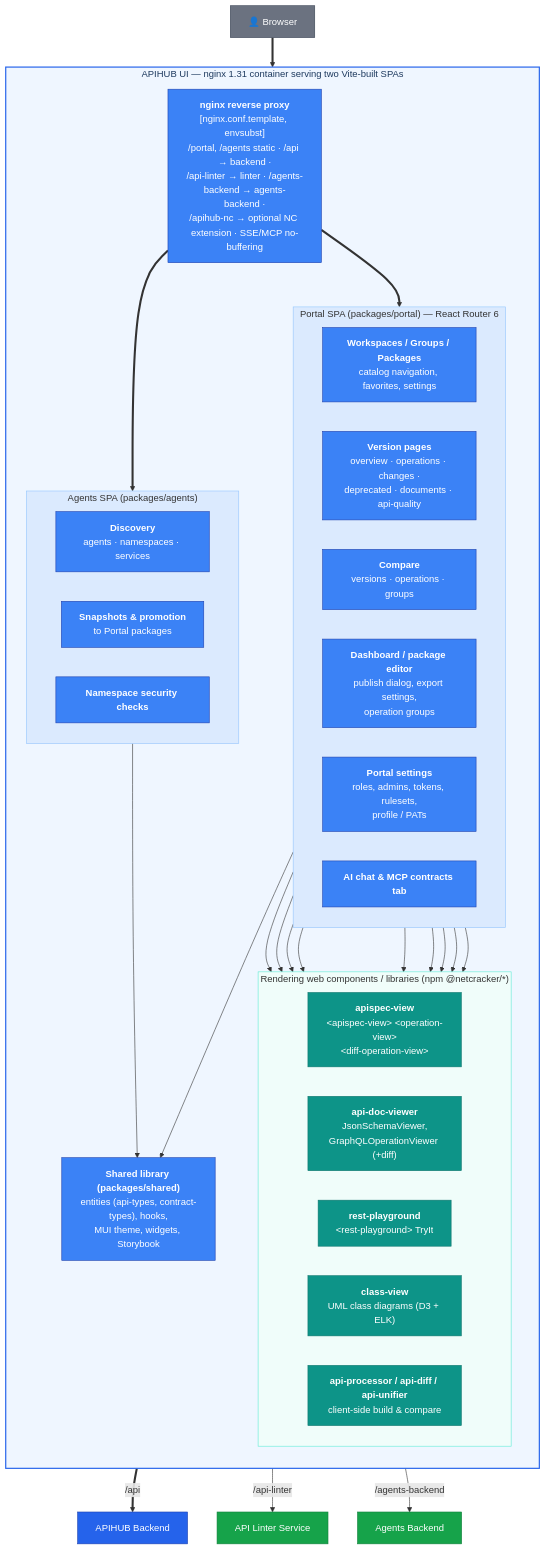
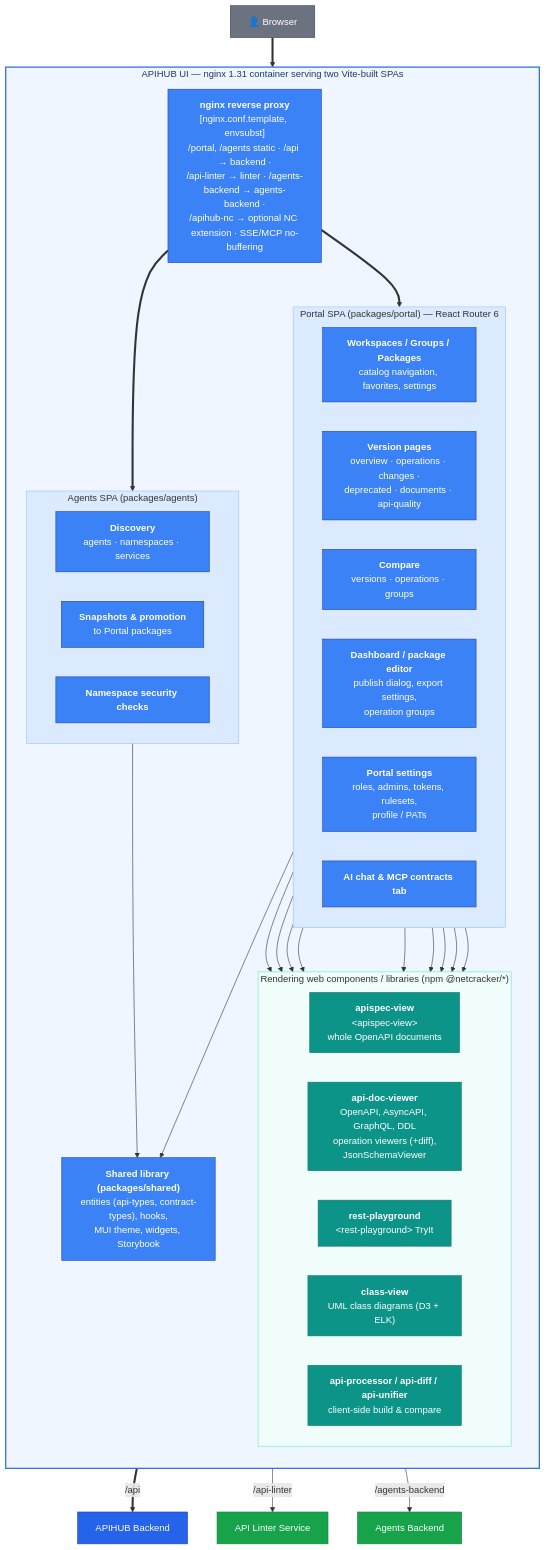
The fourth of 26 diagrams in tools/architecture-model/c4/APIHUB_C4_architecture.md (Netcracker/qubership-apihub), drawn with Mermaid before and after one commit. The commit also changed other lines of this file and 22 other files, not shown here.

First line of the commit message:
docs: describe apispec-view as the whole-document viewer only

````diff
--- a/tools/architecture-model/c4/APIHUB_C4_architecture.md
+++ b/tools/architecture-model/c4/APIHUB_C4_architecture.md
@@ -334,60 +334,60 @@
 ```mermaid
 flowchart TB
     browser["👤 Browser"]:::ext
 
     subgraph uic ["APIHUB UI — nginx 1.31 container serving two Vite-built SPAs"]
         direction TB
         nginx["<b>nginx reverse proxy</b><br/>[nginx.conf.template, envsubst]<br/>/portal, /agents static · /api → backend ·<br/>/api-linter → linter · /agents-backend → agents-backend ·<br/>/apihub-nc → optional NC extension · SSE/MCP no-buffering"]:::comp
 
         subgraph portal ["Portal SPA (packages/portal) — React Router 6"]
             direction LR
             p_nav["<b>Workspaces / Groups / Packages</b><br/>catalog navigation, favorites, settings"]:::comp
             p_ver["<b>Version pages</b><br/>overview · operations · changes ·<br/>deprecated · documents · api-quality"]:::comp
             p_cmp["<b>Compare</b><br/>versions · operations · groups"]:::comp
             p_edit["<b>Dashboard / package editor</b><br/>publish dialog, export settings,<br/>operation groups"]:::comp
             p_admin["<b>Portal settings</b><br/>roles, admins, tokens, rulesets,<br/>profile / PATs"]:::comp
             p_ai["<b>AI chat &amp; MCP contracts tab</b>"]:::comp
         end
 
         subgraph agents ["Agents SPA (packages/agents)"]
             direction LR
             a_disc["<b>Discovery</b><br/>agents · namespaces · services"]:::comp
             a_snap["<b>Snapshots &amp; promotion</b><br/>to Portal packages"]:::comp
             a_sec["<b>Namespace security checks</b>"]:::comp
         end
 
         shared["<b>Shared library (packages/shared)</b><br/>entities (api-types, contract-types), hooks,<br/>MUI theme, widgets, Storybook"]:::comp
 
         subgraph libs ["Rendering web components / libraries (npm @netcracker/*)"]
             direction LR
-            apispec["<b>apispec-view</b><br/>&lt;apispec-view&gt; &lt;operation-view&gt;<br/>&lt;diff-operation-view&gt;"]:::lib
-            docviewer["<b>api-doc-viewer</b><br/>JsonSchemaViewer,<br/>GraphQLOperationViewer (+diff)"]:::lib
+            apispec["<b>apispec-view</b><br/>&lt;apispec-view&gt;<br/>whole OpenAPI documents"]:::lib
+            docviewer["<b>api-doc-viewer</b><br/>OpenAPI, AsyncAPI, GraphQL, DDL<br/>operation viewers (+diff),<br/>JsonSchemaViewer"]:::lib
             playground["<b>rest-playground</b><br/>&lt;rest-playground&gt; TryIt"]:::lib
             classview["<b>class-view</b><br/>UML class diagrams (D3 + ELK)"]:::lib
             processor_ui["<b>api-processor / api-diff / api-unifier</b><br/>client-side build &amp; compare"]:::lib
         end
     end
 
     backend["APIHUB Backend"]:::core
     linter["API Linter Service"]:::extension
     abe["Agents Backend"]:::extension
 
     browser ==> nginx
     nginx ==> portal & agents
     portal & agents --> shared
     p_ver & p_cmp --> apispec & docviewer & playground & classview
     p_edit --> processor_ui
     nginx == "/api" ==> backend
     nginx -- "/api-linter" --> linter
     nginx -- "/agents-backend" --> abe
 
     classDef ext fill:#6b7280,stroke:#374151,color:#fff
     classDef core fill:#2563eb,stroke:#1e40af,color:#fff
     classDef extension fill:#16a34a,stroke:#15803d,color:#fff
     classDef comp fill:#3b82f6,stroke:#1e40af,color:#fff,stroke-width:1px
     classDef lib fill:#0d9488,stroke:#0f766e,color:#fff,stroke-width:1px
     style uic fill:#eff6ff,stroke:#2563eb,stroke-width:2px,color:#1e3a5f
     style portal fill:#dbeafe,stroke:#93c5fd
     style agents fill:#dbeafe,stroke:#93c5fd
     style libs fill:#f0fdfa,stroke:#5eead4
 ```
````
